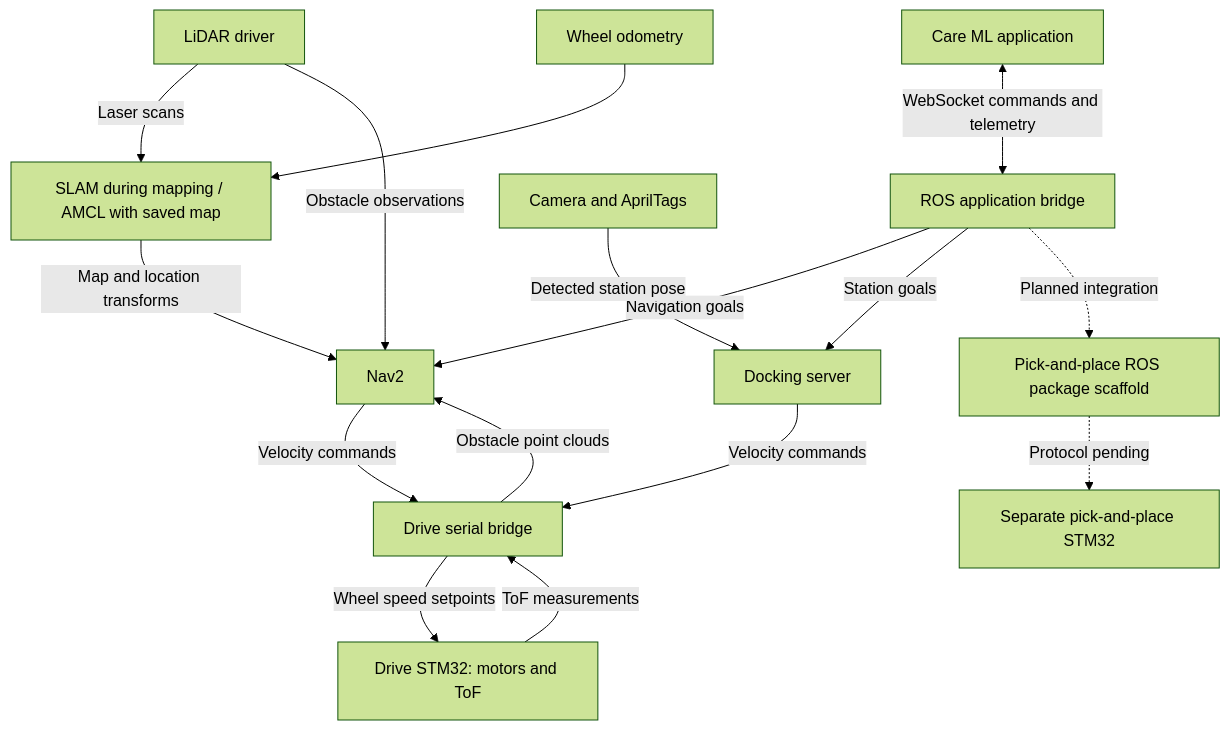
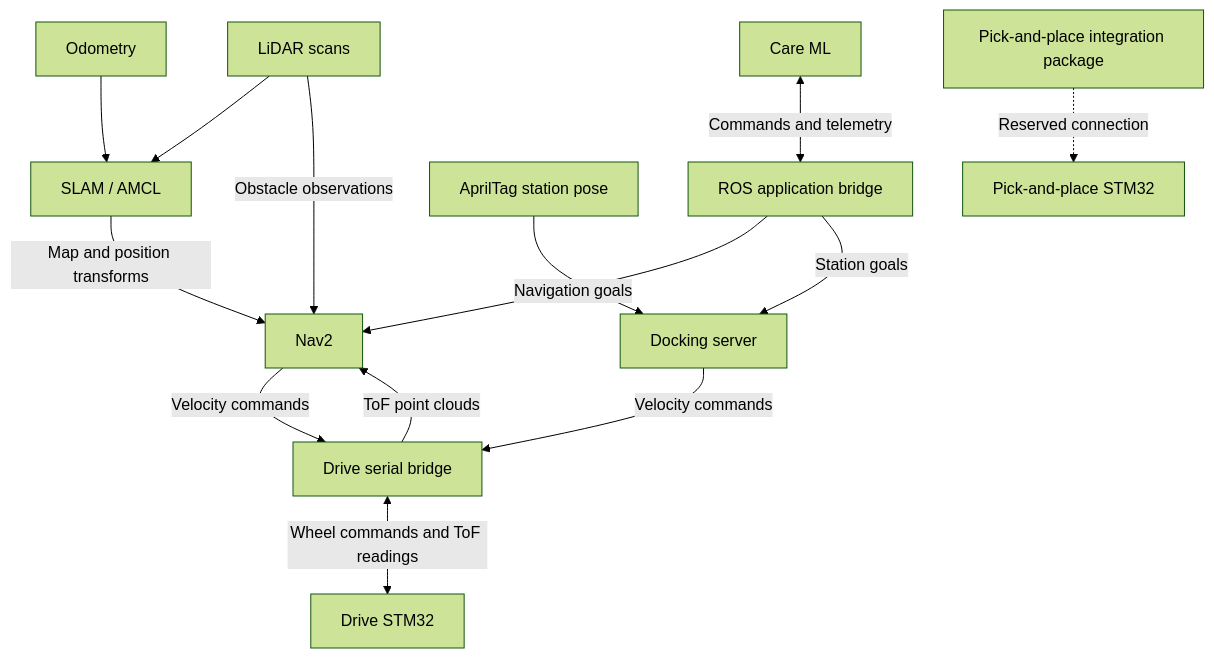
The diagram in README.md (nikhilr2907/CareBot), drawn with Mermaid (forest theme) before and after one commit. The commit also changed other lines of this file, not shown here.

````diff
--- a/README.md
+++ b/README.md
@@ -24,18 +39,16 @@
 ```mermaid
 flowchart TD
-    ML[Care ML application] <-->|WebSocket commands and telemetry| APP[ROS application bridge]
+    ML[Care ML] <-->|Commands and telemetry| APP[ROS application bridge]
     APP -->|Navigation goals| NAV[Nav2]
-    LIDAR[LiDAR driver] -->|Laser scans| LOC[SLAM during mapping / AMCL with saved map]
-    ODOM[Wheel odometry] --> LOC
-    LOC -->|Map and location transforms| NAV
-    LIDAR -->|Obstacle observations| NAV
-    DRIVE[Drive STM32: motors and ToF] -->|ToF measurements| HW[Drive serial bridge]
-    HW -->|Obstacle point clouds| NAV
-    NAV -->|Velocity commands| HW
-    HW -->|Wheel speed setpoints| DRIVE
+    SCAN[LiDAR scans] --> LOC[SLAM / AMCL]
+    ODOM[Odometry] --> LOC
+    LOC -->|Map and position transforms| NAV
+    SCAN -->|Obstacle observations| NAV
+    NAV -->|Velocity commands| HW[Drive serial bridge]
+    HW <-->|Wheel commands and ToF readings| DRIVE[Drive STM32]
+    HW -->|ToF point clouds| NAV
     APP -->|Station goals| DOCK[Docking server]
-    CAMERA[Camera and AprilTags] -->|Detected station pose| DOCK
+    TAG[AprilTag station pose] --> DOCK
     DOCK -->|Velocity commands| HW
-    APP -.->|Planned integration| MANIP[Pick-and-place ROS package scaffold]
-    MANIP -.->|Protocol pending| ARM[Separate pick-and-place STM32]
+    MANIP[Pick-and-place integration package] -.->|Reserved connection| ARM[Pick-and-place STM32]
 ```
````
